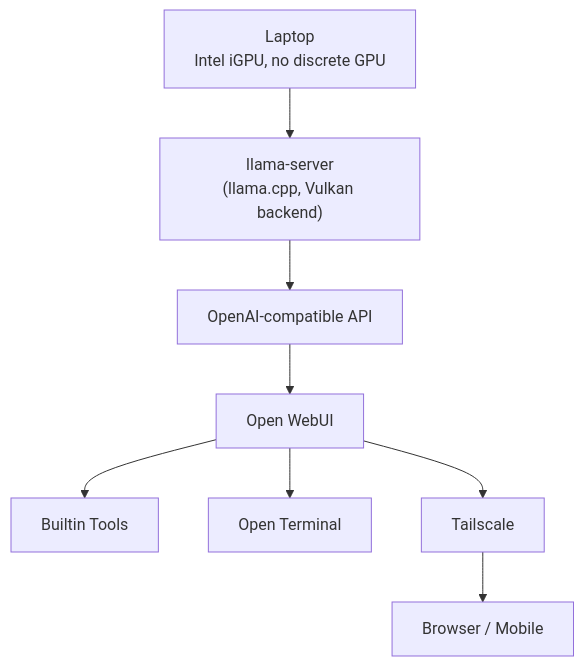
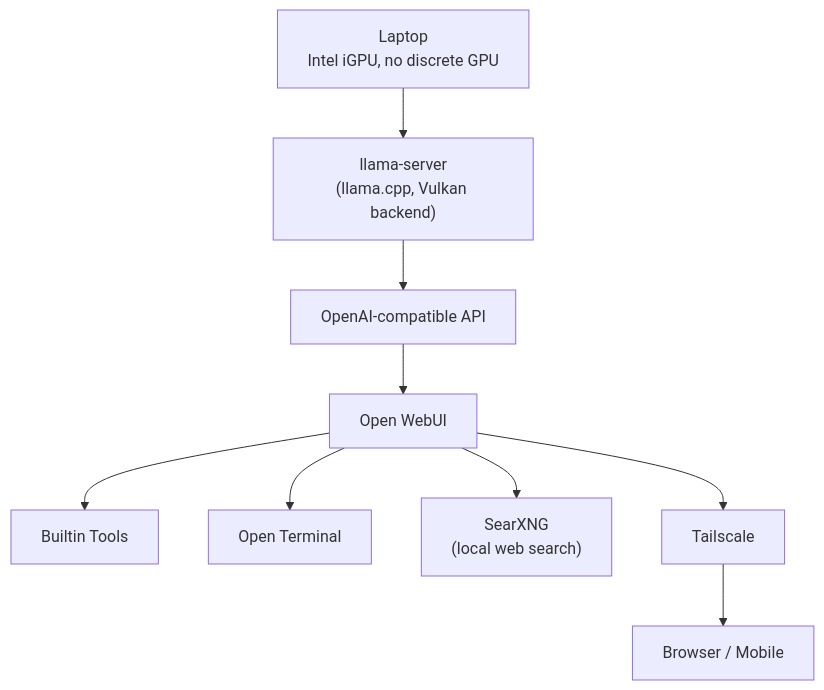
Before and after one commit to onkarbadve/LocalAI: the diagram in README.md, drawn with Mermaid. The commit also changed other lines of this file, not shown here.

First line of the commit message:
Sync README with the Aug 1 SearXNG/MeTube/uncensored-Gemma additions

````diff
--- a/README.md
+++ b/README.md
@@ -53,10 +54,11 @@
 ```mermaid
 flowchart TD
     Laptop["Laptop<br/>Intel iGPU, no discrete GPU"] --> Server["llama-server<br/>(llama.cpp, Vulkan backend)"]
     Server --> API["OpenAI-compatible API"]
     API --> WebUI["Open WebUI"]
     WebUI --> Tools["Builtin Tools"]
     WebUI --> Term["Open Terminal"]
+    WebUI --> Search["SearXNG<br/>(local web search)"]
     WebUI --> TS["Tailscale"]
     TS --> Remote["Browser / Mobile"]
 ```
````
